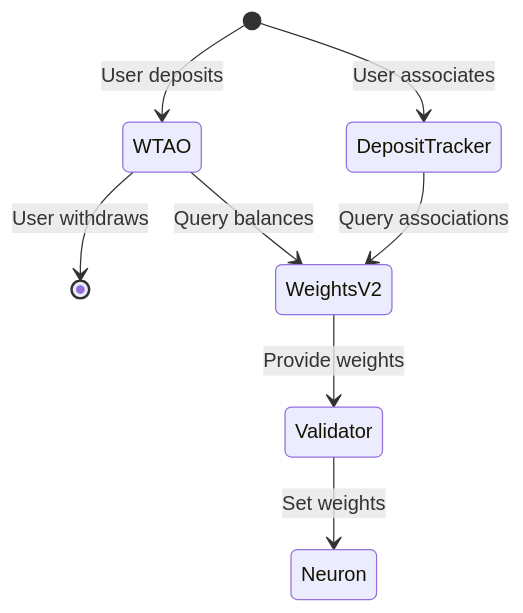
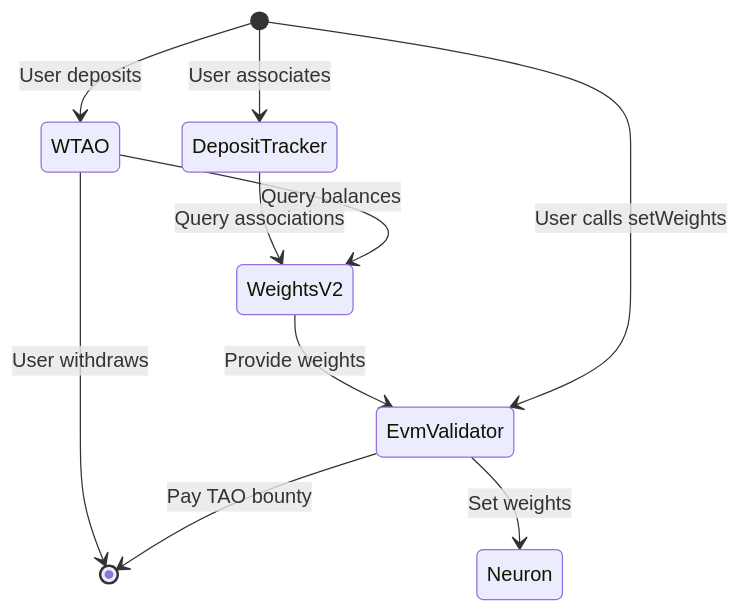
The fourth of 4 diagrams in ARCHITECTURE.md (taonado/taonado-cash), drawn with Mermaid before and after one commit. The commit also changed other lines of this file and 1 other file, not shown here.

````diff
--- a/ARCHITECTURE.md
+++ b/ARCHITECTURE.md
@@ -136,10 +181,12 @@
 ```mermaid
 stateDiagram-v2
     [*] --> WTAO: User deposits
     WTAO --> [*]: User withdraws
     [*] --> DepositTracker: User associates
     DepositTracker --> WeightsV2: Query associations
     WTAO --> WeightsV2: Query balances
-    WeightsV2 --> Validator: Provide weights
-    Validator --> Neuron: Set weights
+    WeightsV2 --> EvmValidator: Provide weights
+    [*] --> EvmValidator: User calls setWeights
+    EvmValidator --> Neuron: Set weights
+    EvmValidator --> [*]: Pay TAO bounty
 ```
````
